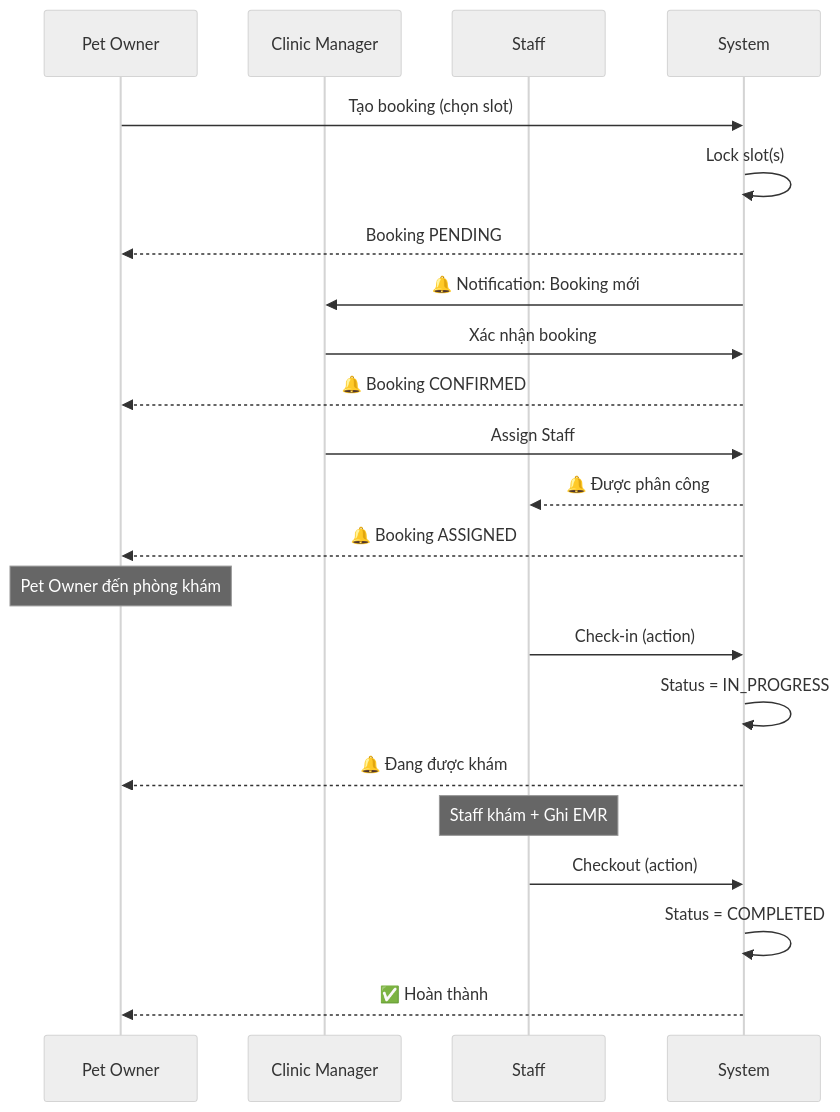
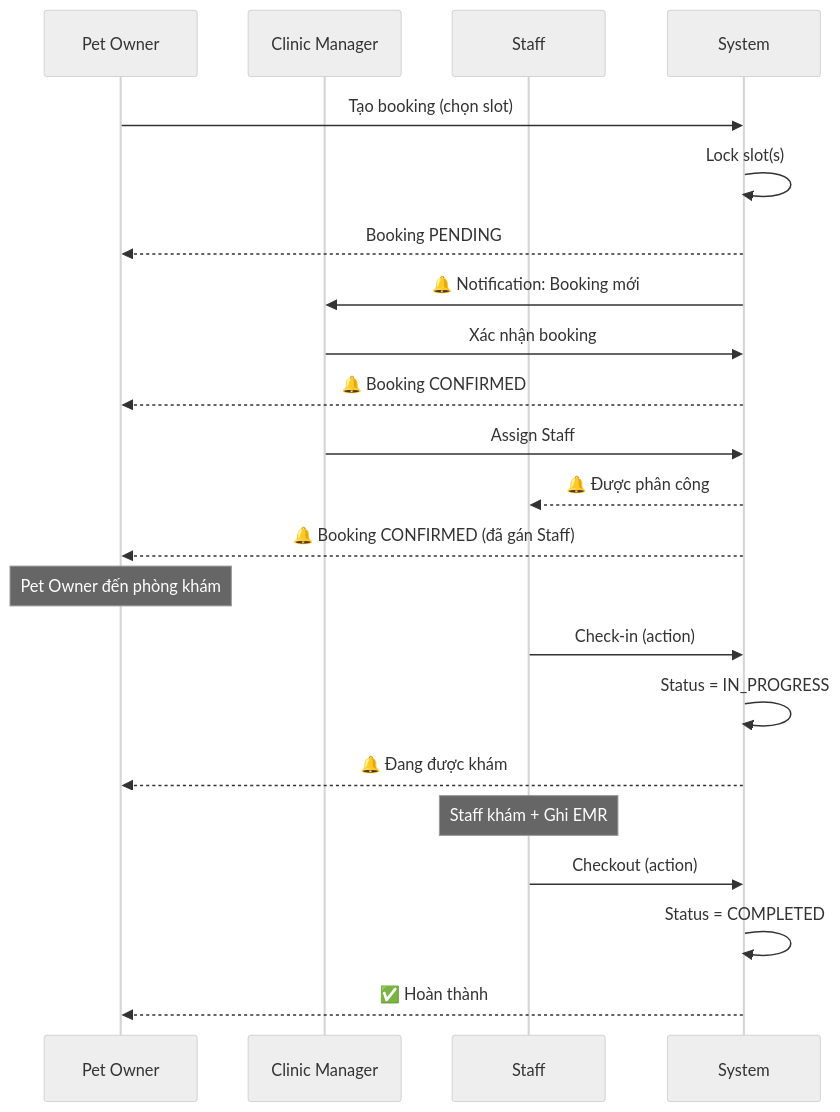
Before and after one commit to espresso23/Petties-Veterinary-Appointment-Booking-Platform: the second of 5 diagrams in docs-references/documentation/BOOKING_WORKFLOW.md, drawn with Mermaid (neutral theme). The commit also changed other lines of this file and 21 other files, not shown here.

````diff
--- a/docs-references/documentation/BOOKING_WORKFLOW.md
+++ b/docs-references/documentation/BOOKING_WORKFLOW.md
@@ -85,31 +83,31 @@
 ```mermaid
 sequenceDiagram
     participant PO as Pet Owner
     participant CM as Clinic Manager
     participant V as Staff
     participant S as System
 
     PO->>S: Tạo booking (chọn slot)
     S->>S: Lock slot(s)
     S-->>PO: Booking PENDING
     S->>CM: 🔔 Notification: Booking mới
 
     CM->>S: Xác nhận booking
     S-->>PO: 🔔 Booking CONFIRMED
 
     CM->>S: Assign Staff
     S-->>V: 🔔 Được phân công
-    S-->>PO: 🔔 Booking ASSIGNED
+    S-->>PO: 🔔 Booking CONFIRMED (đã gán Staff)
 
     Note over PO: Pet Owner đến phòng khám
 
     V->>S: Check-in (action)
     S->>S: Status = IN_PROGRESS
     S-->>PO: 🔔 Đang được khám
 
     Note over V: Staff khám + Ghi EMR
 
     V->>S: Checkout (action)
     S->>S: Status = COMPLETED
     S-->>PO: ✅ Hoàn thành
 ```
````
